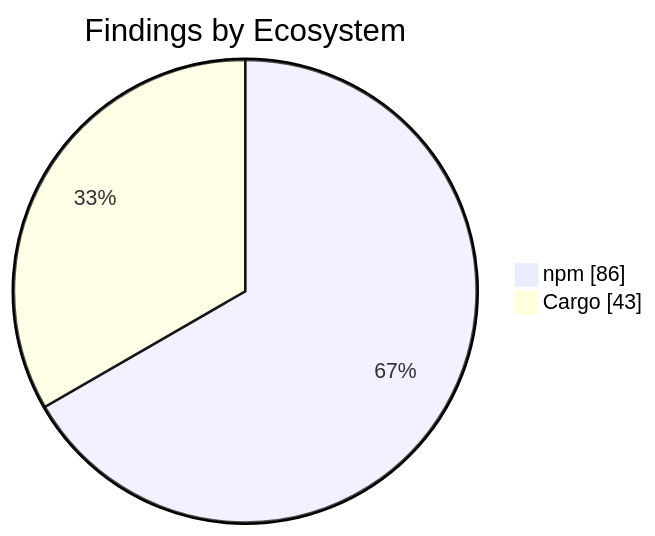
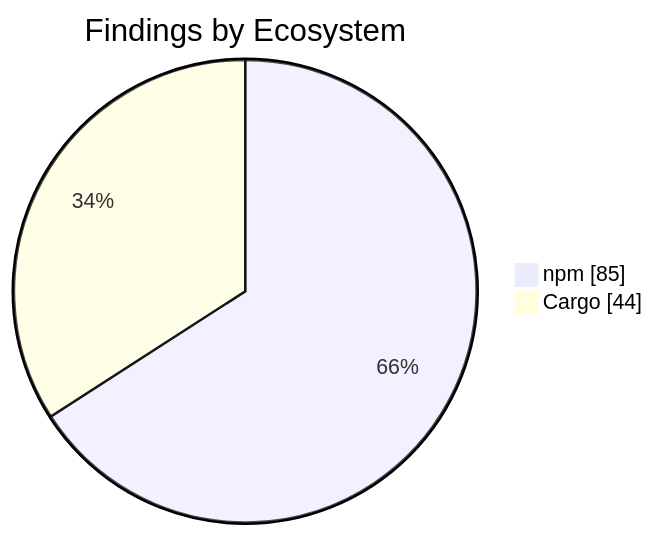
One commit to KBVE/kbve changed the second of 2 diagrams in apps/kbve/astro-kbve/src/content/docs/dashboard/security.mdx. Above: the diagram before and after it, drawn with Mermaid. The commit also changed other lines of this file and 8 other files, not shown here.

````diff
--- a/apps/kbve/astro-kbve/src/content/docs/dashboard/security.mdx
+++ b/apps/kbve/astro-kbve/src/content/docs/dashboard/security.mdx
@@ -73,6 +73,6 @@
 ```mermaid
 pie showData
     title Findings by Ecosystem
-    "npm" : 86
-    "Cargo" : 43
+    "npm" : 85
+    "Cargo" : 44
 ```
````
